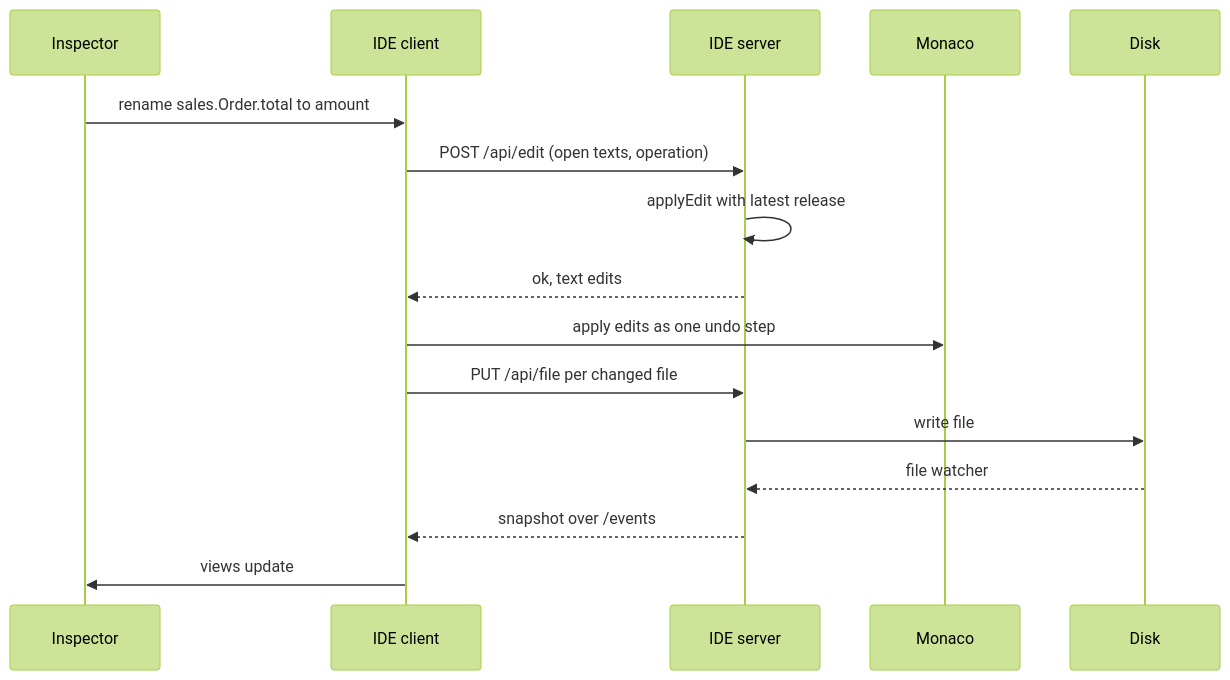
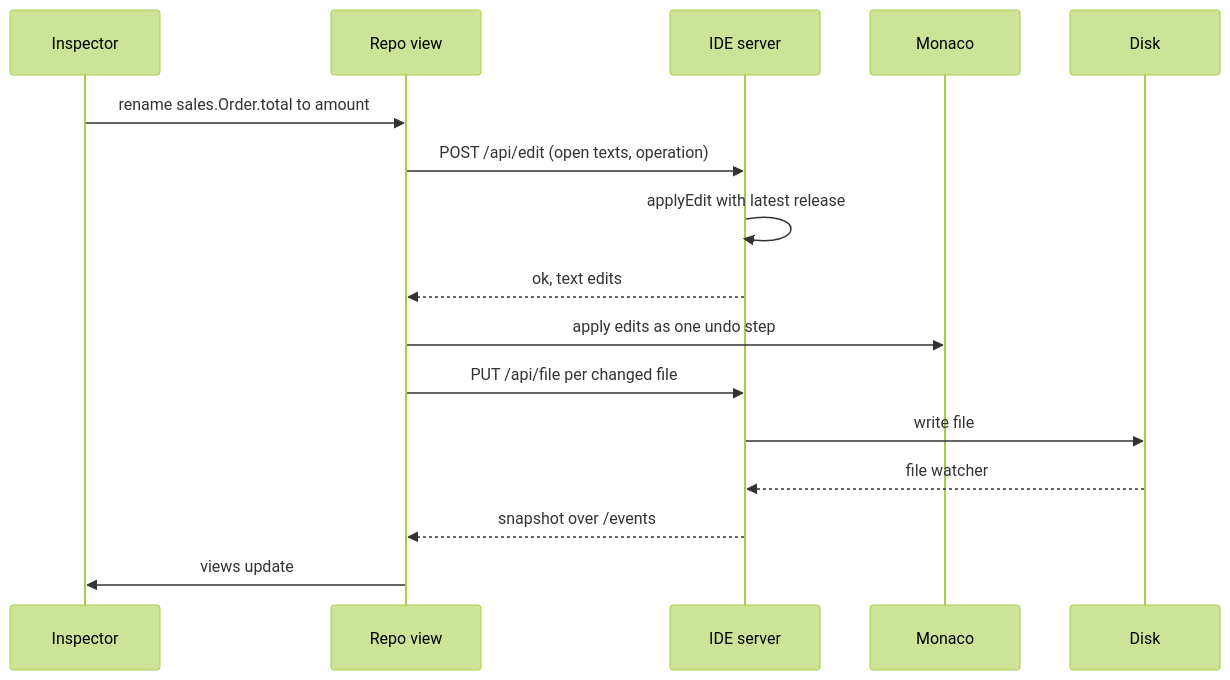
Before and after one commit to alex20465/appling: the diagram in docs/tools/ide.md, drawn with Mermaid (forest theme). The commit also changed other lines of this file and 22 other files, not shown here.

First line of the commit message:
docs: send users to Appling Desktop; the repo view, visual tools on the canvas, no IDE chat

````diff
--- a/docs/tools/ide.md
+++ b/docs/tools/ide.md
@@ -137,18 +114,18 @@
 ```mermaid
 sequenceDiagram
     participant I as Inspector
-    participant C as IDE client
+    participant C as Repo view
     participant S as IDE server
     participant M as Monaco
     participant D as Disk
     I->>C: rename sales.Order.total to amount
     C->>S: POST /api/edit (open texts, operation)
     S->>S: applyEdit with latest release
     S-->>C: ok, text edits
     C->>M: apply edits as one undo step
     C->>S: PUT /api/file per changed file
     S->>D: write file
     D-->>S: file watcher
     S-->>C: snapshot over /events
     C->>I: views update
 ```
````
